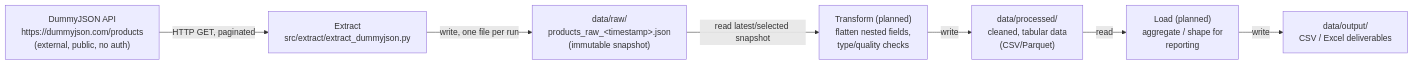
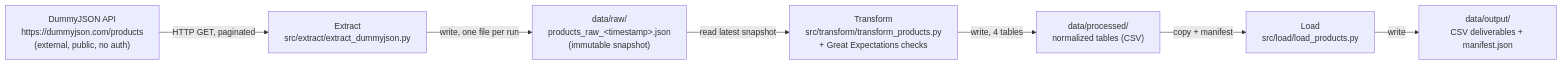
One commit to DiegoNovaData/etl-csv-excel-data changed the diagram in docs/data-lineage.md. Above: the diagram before and after it, drawn with Mermaid. The commit also changed other lines of this file and 21 other files, not shown here.

````diff
--- a/docs/data-lineage.md
+++ b/docs/data-lineage.md
@@ -10,17 +9,17 @@
 ```mermaid
 flowchart LR
     A["DummyJSON API\nhttps://dummyjson.com/products\n(external, public, no auth)"]
     B["Extract\nsrc/extract/extract_dummyjson.py"]
     C["data/raw/\nproducts_raw_&lt;timestamp&gt;.json\n(immutable snapshot)"]
-    D["Transform (planned)\nflatten nested fields,\ntype/quality checks"]
-    E["data/processed/\ncleaned, tabular data\n(CSV/Parquet)"]
-    F["Load (planned)\naggregate / shape for\nreporting"]
-    G["data/output/\nCSV / Excel deliverables"]
+    D["Transform\nsrc/transform/transform_products.py\n+ Great Expectations checks"]
+    E["data/processed/\nnormalized tables (CSV)"]
+    F["Load\nsrc/load/load_products.py"]
+    G["data/output/\nCSV deliverables + manifest.json"]
 
     A -->|HTTP GET, paginated| B
     B -->|write, one file per run| C
-    C -->|read latest/selected snapshot| D
-    D -->|write| E
-    E -->|read| F
+    C -->|read latest snapshot| D
+    D -->|write, 4 tables| E
+    E -->|copy + manifest| F
     F -->|write| G
 ```
````
